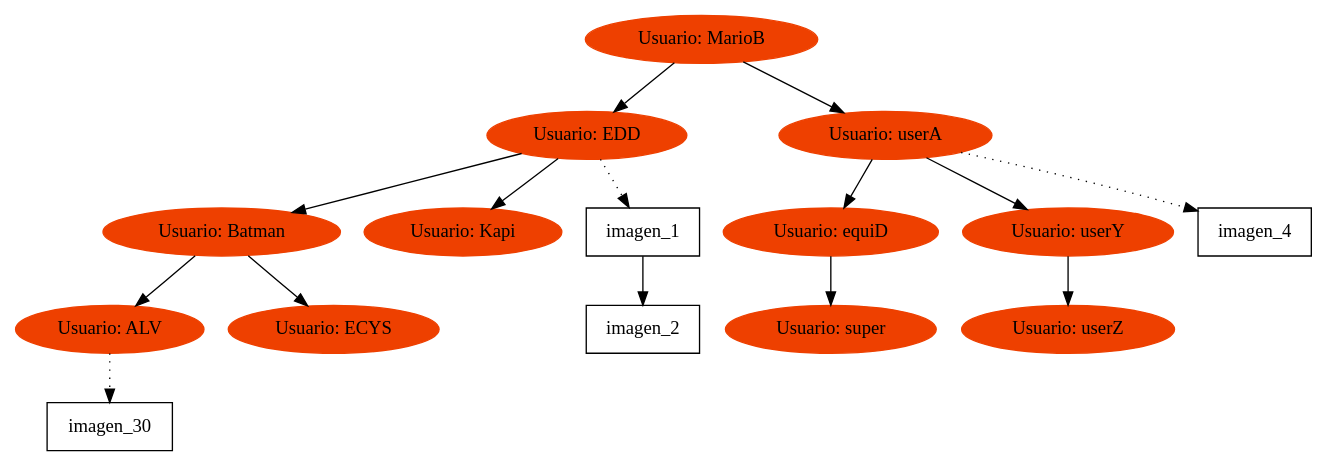
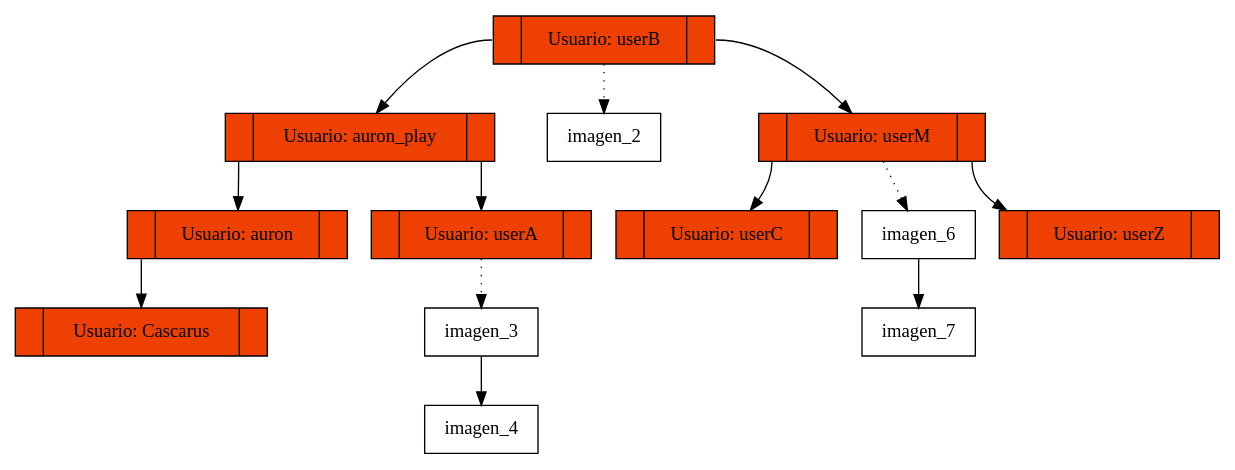
Before and after one commit to Cascarus/-EDD-Proyecto1_201603127: the diagram in [EDD]Proyecto1_201603127/Arbol_AVL.dot, drawn with Graphviz. The commit also changed 44 other files, not shown here.

```diff
--- a/[EDD]Proyecto1_201603127/Arbol_AVL.dot
+++ b/[EDD]Proyecto1_201603127/Arbol_AVL.dot
@@ -1,46 +1,40 @@
 digraph g{
-	Node4202401->Node5240443; 
-	Node4202401->Node6331570; 
-	Node5240443->Node5020747; 
-	Node5240443->Node1742120; 
-	Node5240443->Node1[style=dotted]; 
-	Node1->Node2; 
+	Node845275:C0->Node7547661; 
+	Node845275:C1->Node8601332; 
+	Node845275->Node_userB_2[style=dotted]; 
 
- 	Node1[shape=record,width=.9,height=.5,label = "imagen_1"] 
+ 	Node_userB_2[shape=record,width=.9,height=.5,label = "imagen_2"] 
+	Node7547661:C0->Node4386362; 
+	Node7547661:C1->Node6865180; 
+	Node4386362:C0->Node4865574; 
 
- 	Node2[shape=record,width=.9,height=.5,label = "imagen_2"] 
-	Node5020747->Node4341170; 
-	Node5020747->Node7782551; 
-	Node4341170->Node30[style=dotted]; 
+ 	Node4865574[shape=record,width=.9,height=.5,style=filled,fillcolor=orangered2,label = "<C0>|Usuario: Cascarus|<C1>"] 
 
- 	Node30[shape=record,width=.9,height=.5,label = "imagen_30"] 
+ 	Node4386362[shape=record,width=.9,height=.5,style=filled,fillcolor=orangered2,label = "<C0>|Usuario: auron|<C1>"] 
+	Node6865180->Node_userA_3[style=dotted]; 
+	Node_userA_3->Node_userA_4; 
 
- 	Node4341170[style=filled,color=orangered2,label = "Usuario: ALV"] 
+ 	Node_userA_3[shape=record,width=.9,height=.5,label = "imagen_3"] 
 
- 	Node7782551[style=filled,color=orangered2,label = "Usuario: ECYS"] 
+ 	Node_userA_4[shape=record,width=.9,height=.5,label = "imagen_4"] 
 
- 	Node5020747[style=filled,color=orangered2,label = "Usuario: Batman"] 
+ 	Node6865180[shape=record,width=.9,height=.5,style=filled,fillcolor=orangered2,label = "<C0>|Usuario: userA|<C1>"] 
 
- 	Node1742120[style=filled,color=orangered2,label = "Usuario: Kapi"] 
+ 	Node7547661[shape=record,width=.9,height=.5,style=filled,fillcolor=orangered2,label = "<C0>|Usuario: auron_play|<C1>"] 
+	Node8601332:C0->Node2538854; 
+	Node8601332:C1->Node3648483; 
+	Node8601332->Node_userM_6[style=dotted]; 
+	Node_userM_6->Node_userM_7; 
 
- 	Node5240443[style=filled,color=orangered2,label = "Usuario: EDD"] 
-	Node6331570->Node8207380; 
-	Node6331570->Node2871522; 
-	Node6331570->Node4[style=dotted]; 
+ 	Node_userM_6[shape=record,width=.9,height=.5,label = "imagen_6"] 
 
- 	Node4[shape=record,width=.9,height=.5,label = "imagen_4"] 
-	Node8207380->Node1208423; 
+ 	Node_userM_7[shape=record,width=.9,height=.5,label = "imagen_7"] 
 
- 	Node1208423[style=filled,color=orangered2,label = "Usuario: super"] 
+ 	Node2538854[shape=record,width=.9,height=.5,style=filled,fillcolor=orangered2,label = "<C0>|Usuario: userC|<C1>"] 
 
- 	Node8207380[style=filled,color=orangered2,label = "Usuario: equiD"] 
-	Node2871522->Node6074403; 
+ 	Node3648483[shape=record,width=.9,height=.5,style=filled,fillcolor=orangered2,label = "<C0>|Usuario: userZ|<C1>"] 
 
- 	Node6074403[style=filled,color=orangered2,label = "Usuario: userZ"] 
+ 	Node8601332[shape=record,width=.9,height=.5,style=filled,fillcolor=orangered2,label = "<C0>|Usuario: userM|<C1>"] 
 
- 	Node2871522[style=filled,color=orangered2,label = "Usuario: userY"] 
-
- 	Node6331570[style=filled,color=orangered2,label = "Usuario: userA"] 
-
- 	Node4202401[style=filled,color=orangered2,label = "Usuario: MarioB"] 
+ 	Node845275[shape=record,width=.9,height=.5,style=filled,fillcolor=orangered2,label = "<C0>|Usuario: userB|<C1>"] 
 }
```
